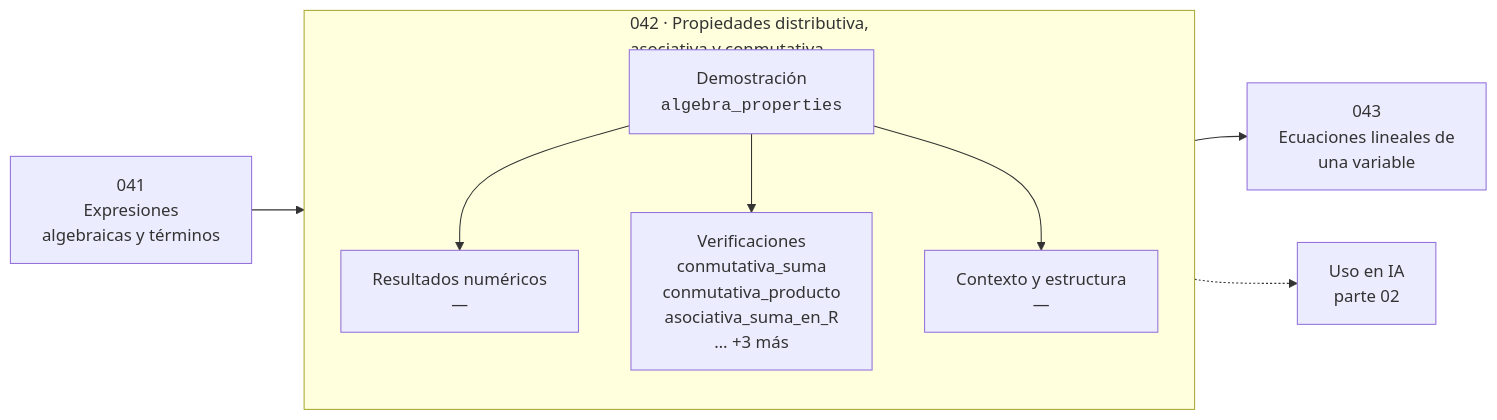
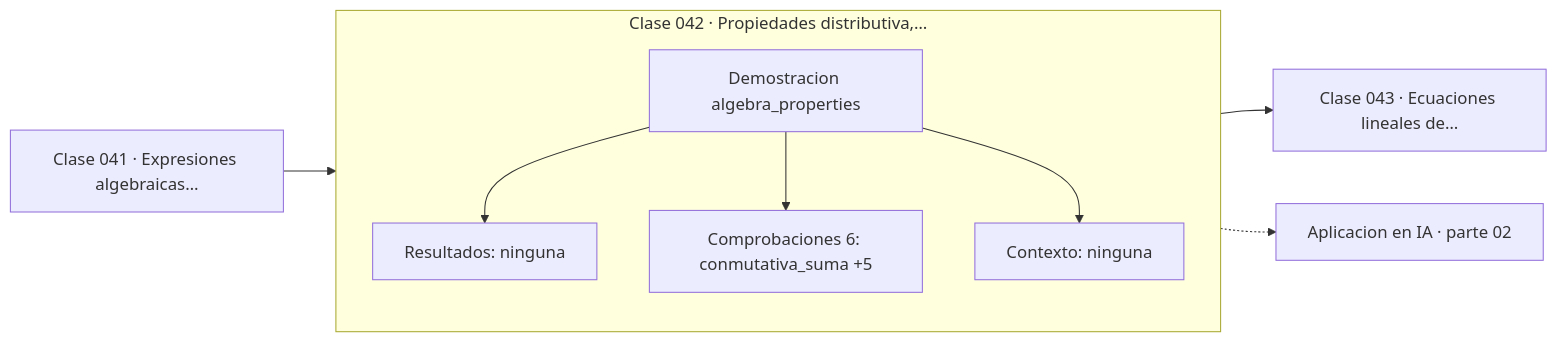
One commit to vladimiracunadev-create/computational-mathematics-program changed the diagram in classes/part-02-algebra-y-funciones/042-propiedades-distributiva-asociativa-y-conmutativa/README.md. Above: the diagram before and after it, drawn with Mermaid. The commit also changed 389 other files, not shown here.

First line of the commit message:
fix(diagramas): elimina el HTML de las etiquetas Mermaid

````diff
--- a/classes/part-02-algebra-y-funciones/042-propiedades-distributiva-asociativa-y-conmutativa/README.md
+++ b/classes/part-02-algebra-y-funciones/042-propiedades-distributiva-asociativa-y-conmutativa/README.md
@@ -36,12 +36,13 @@
 ```mermaid
 flowchart LR
-    P["041<br/>Expresiones<br/>algebraicas y términos"] --> C
-    subgraph C["042 · Propiedades distributiva,<br/>asociativa y conmutativa"]
+    P["Clase 041 · Expresiones algebraicas…"] --> D
+    subgraph CLASE["Clase 042 · Propiedades distributiva,…"]
         direction TB
-        D["Demostración<br/><code>algebra_properties</code>"] --> R["Resultados numéricos<br/>—"]
-        D --> V["Verificaciones<br/>conmutativa_suma<br/>conmutativa_producto<br/>asociativa_suma_en_R<br/>… +3 más"]
-        D --> O["Contexto y estructura<br/>—"]
+        D["Demostracion algebra_properties"]
+        D --> R["Resultados: ninguna"]
+        D --> V["Comprobaciones 6: conmutativa_suma +5"]
+        D --> O["Contexto: ninguna"]
     end
-    C --> N["043<br/>Ecuaciones lineales de<br/>una variable"]
-    C -.-> IA["Uso en IA<br/>parte 02"]
+    R --> N["Clase 043 · Ecuaciones lineales de…"]
+    V -.-> IA["Aplicacion en IA · parte 02"]
 ```
````
